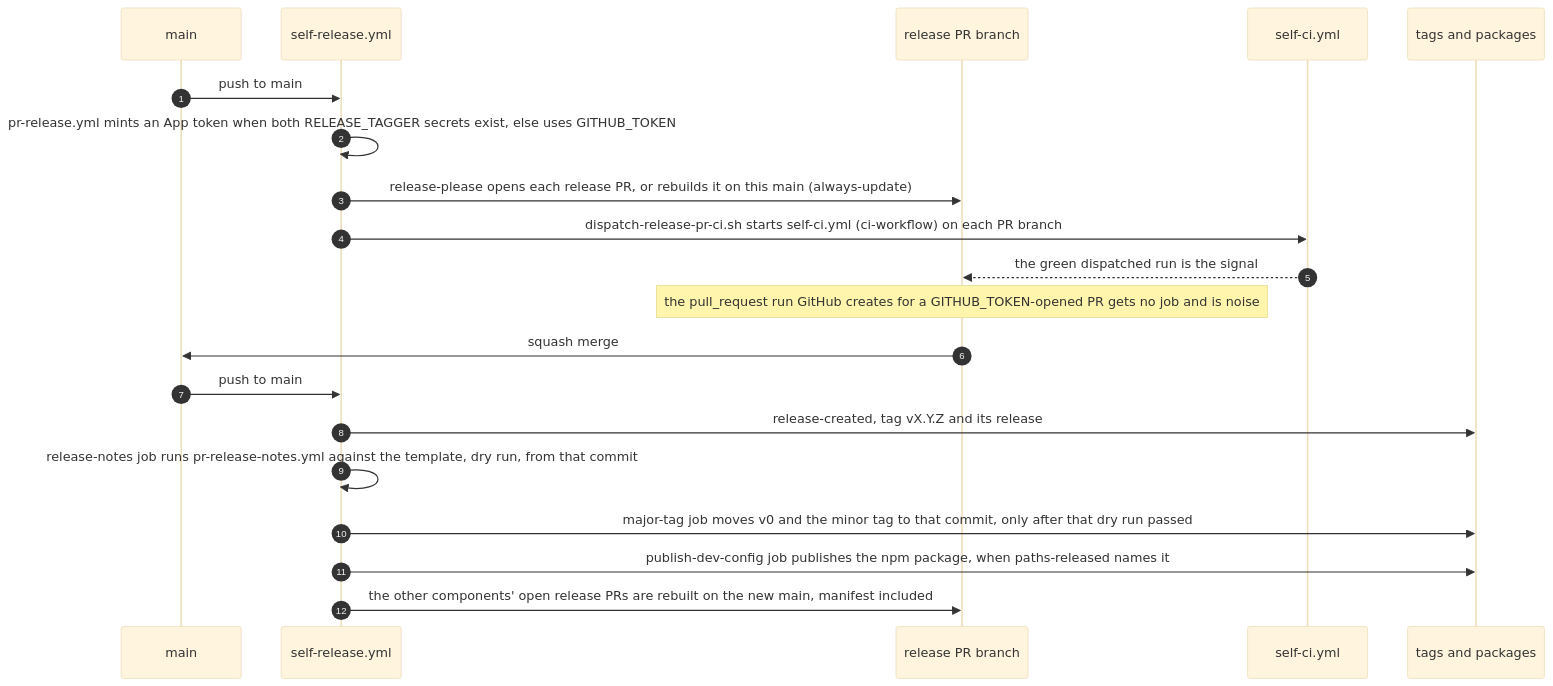
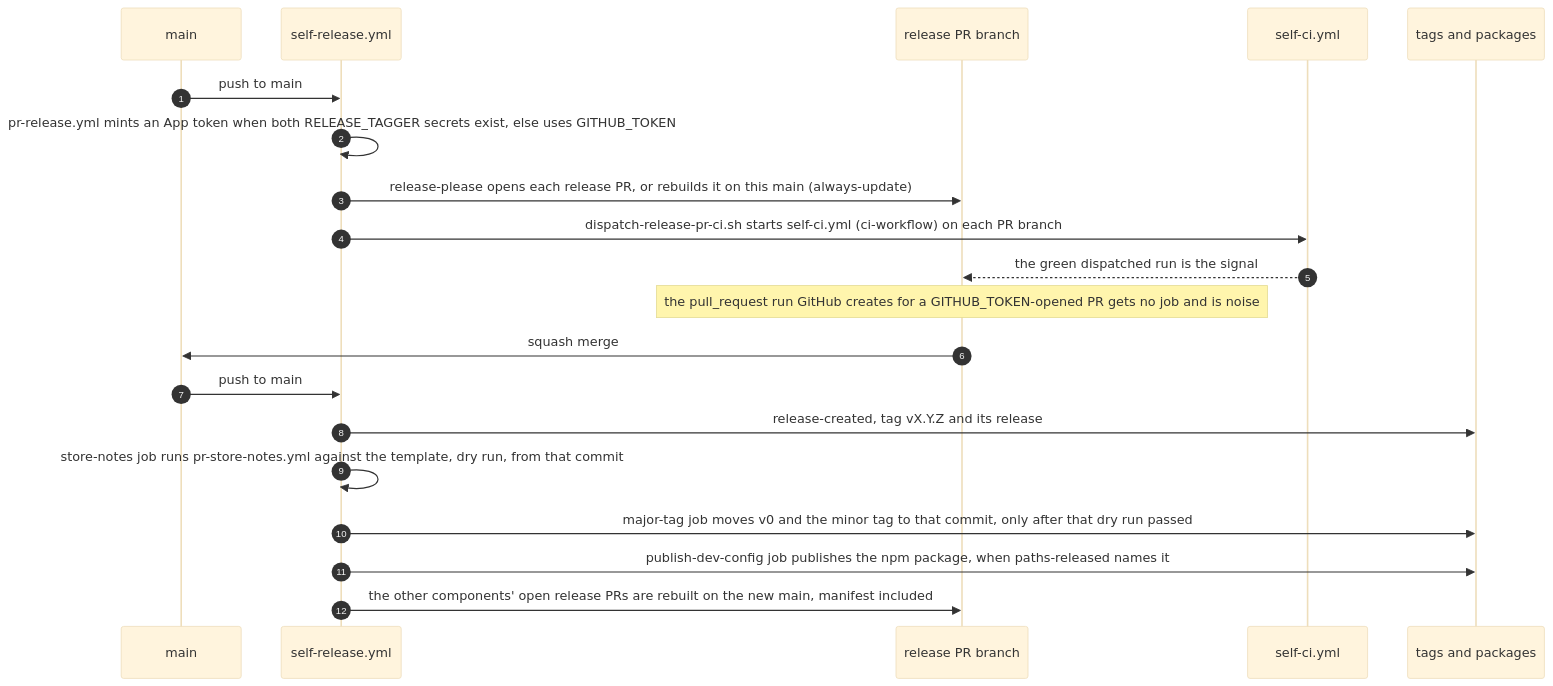
Before and after one commit to blinkbitcoin/shared-workflows: the diagram in AGENTS.md, drawn with Mermaid (base theme). The commit also changed other lines of this file and 43 other files, not shown here.

````diff
--- a/AGENTS.md
+++ b/AGENTS.md
@@ -199,22 +199,22 @@
   ```mermaid
   sequenceDiagram
     autonumber
     participant main as main
     participant rel as self-release.yml
     participant pr as release PR branch
     participant ci as self-ci.yml
     participant tags as tags and packages
     main->>rel: push to main
     rel->>rel: pr-release.yml mints an App token when both RELEASE_TAGGER secrets exist, else uses GITHUB_TOKEN
     rel->>pr: release-please opens each release PR, or rebuilds it on this main (always-update)
     rel->>ci: dispatch-release-pr-ci.sh starts self-ci.yml (ci-workflow) on each PR branch
     ci-->>pr: the green dispatched run is the signal
     Note over pr: the pull_request run GitHub creates for a GITHUB_TOKEN-opened PR gets no job and is noise
     pr->>main: squash merge
     main->>rel: push to main
     rel->>tags: release-created, tag vX.Y.Z and its release
-    rel->>rel: release-notes job runs pr-release-notes.yml against the template, dry run, from that commit
+    rel->>rel: store-notes job runs pr-store-notes.yml against the template, dry run, from that commit
     rel->>tags: major-tag job moves v0 and the minor tag to that commit, only after that dry run passed
     rel->>tags: publish-dev-config job publishes the npm package, when paths-released names it
     rel->>pr: the other components' open release PRs are rebuilt on the new main, manifest included
   ```
````
